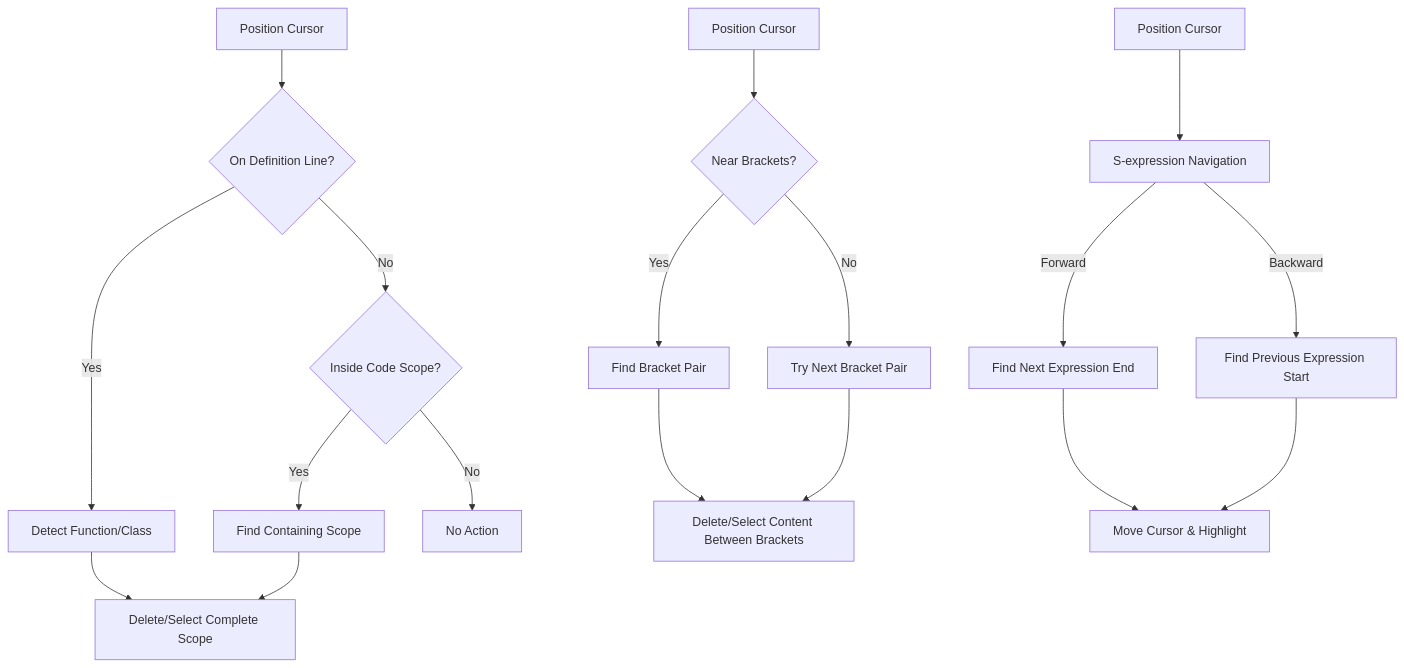
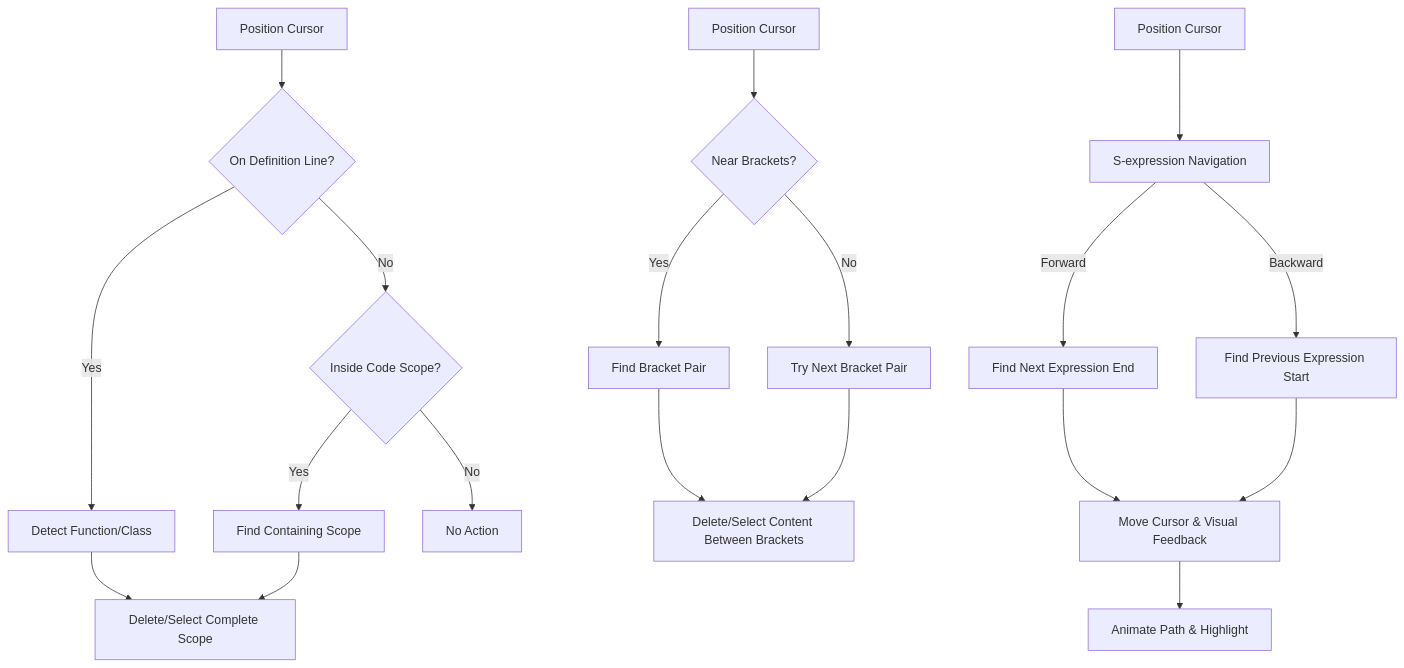
Before and after one commit to zenzjtech/vscode-utilities: the diagram in README.md, drawn with Mermaid. The commit also changed other lines of this file and 4 other files, not shown here.

````diff
--- a/README.md
+++ b/README.md
@@ -68,22 +76,23 @@
 ```mermaid
 flowchart TD
     A[Position Cursor] --> B{On Definition Line?}
     B -->|Yes| C[Detect Function/Class]
     B -->|No| D{Inside Code Scope?}
     D -->|Yes| E[Find Containing Scope]
     D -->|No| F[No Action]
     C --> G[Delete/Select Complete Scope]
     E --> G
     
     H[Position Cursor] --> I{Near Brackets?}
     I -->|Yes| J[Find Bracket Pair]
     I -->|No| K[Try Next Bracket Pair]
     J --> L[Delete/Select Content Between Brackets]
     K --> L
 
     M[Position Cursor] --> N[S-expression Navigation]
     N -->|Forward| O[Find Next Expression End]
     N -->|Backward| P[Find Previous Expression Start]
-    O --> Q[Move Cursor & Highlight]
+    O --> Q[Move Cursor & Visual Feedback]
     P --> Q
+    Q --> R[Animate Path & Highlight]
 ```
````
